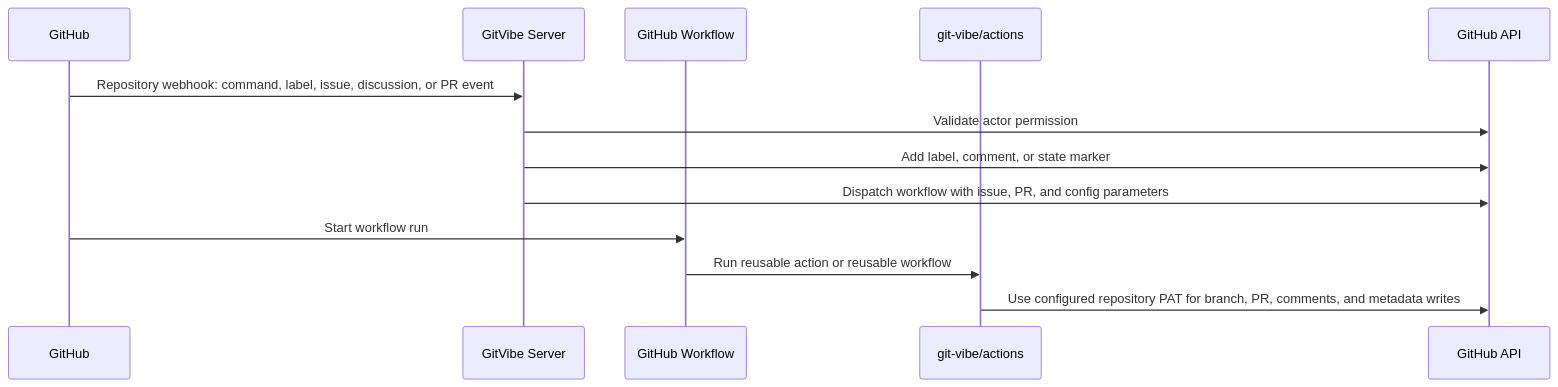
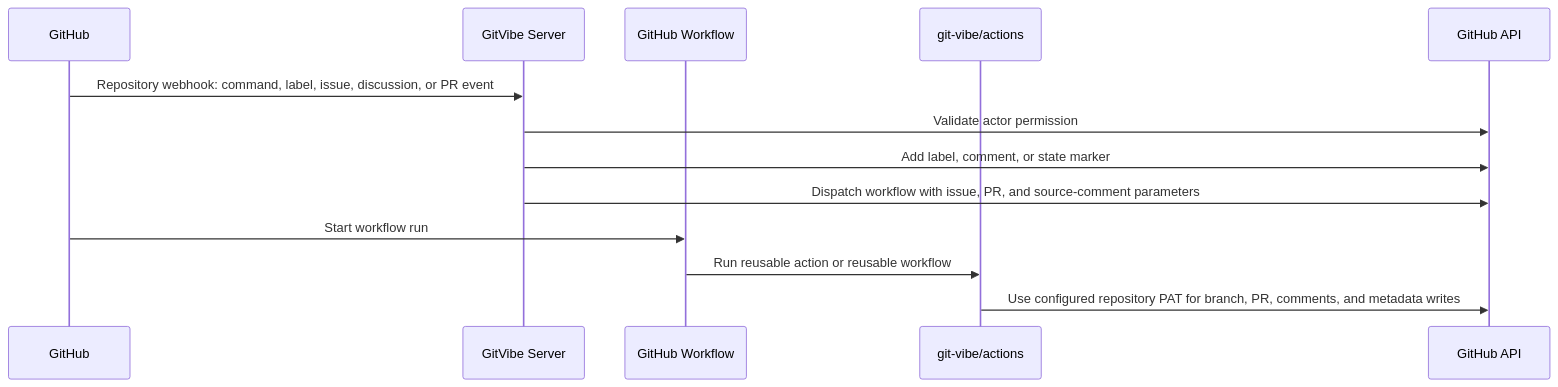
The second of 3 diagrams in docs/ARCHITECTURE.md (markhuangai/git-vibe), drawn with Mermaid before and after one commit. The commit also changed other lines of this file and 45 other files, not shown here.

````diff
--- a/docs/ARCHITECTURE.md
+++ b/docs/ARCHITECTURE.md
@@ -60,16 +60,16 @@
 ```mermaid
 sequenceDiagram
   participant GH as GitHub
   participant App as GitVibe Server
   participant WF as GitHub Workflow
   participant Act as git-vibe/actions
   participant API as GitHub API
 
   GH->>App: Repository webhook: command, label, issue, discussion, or PR event
   App->>API: Validate actor permission
   App->>API: Add label, comment, or state marker
-  App->>API: Dispatch workflow with issue, PR, and config parameters
+  App->>API: Dispatch workflow with issue, PR, and source-comment parameters
   GH->>WF: Start workflow run
   WF->>Act: Run reusable action or reusable workflow
   Act->>API: Use configured repository PAT for branch, PR, comments, and metadata writes
 ```
````
